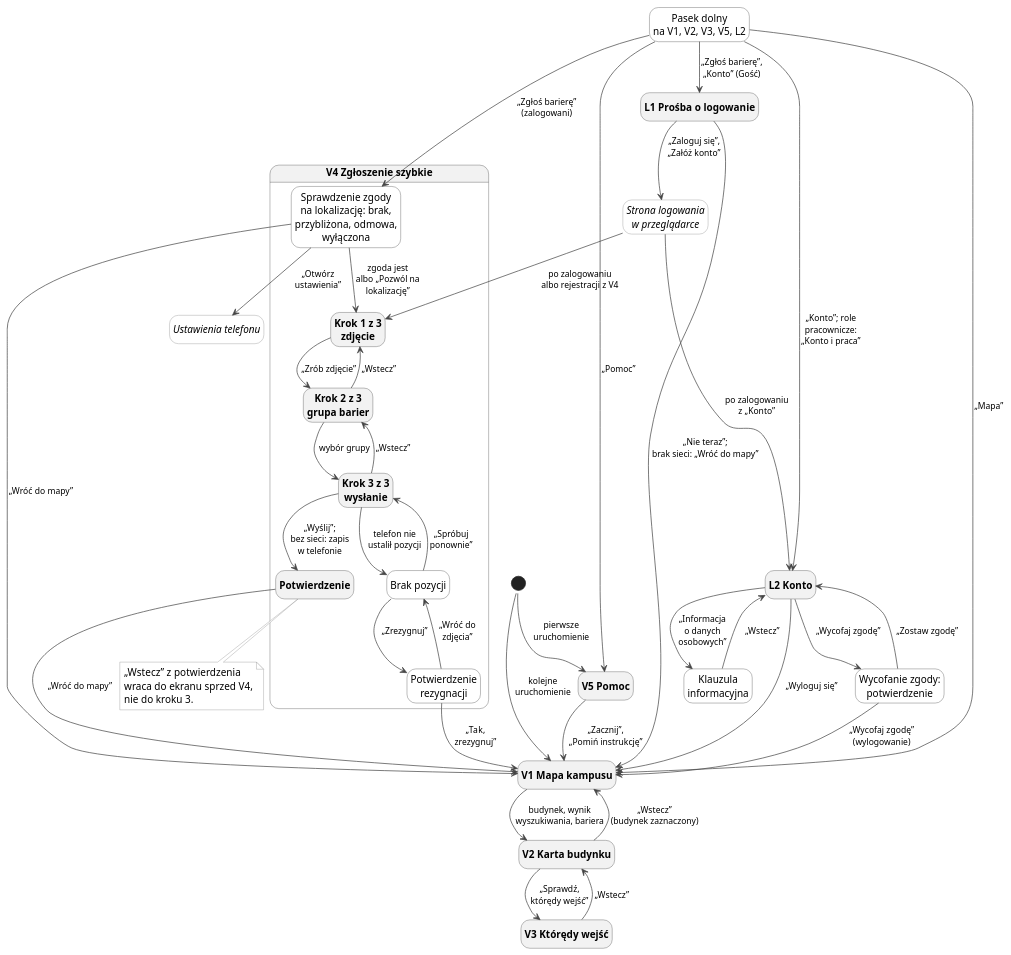
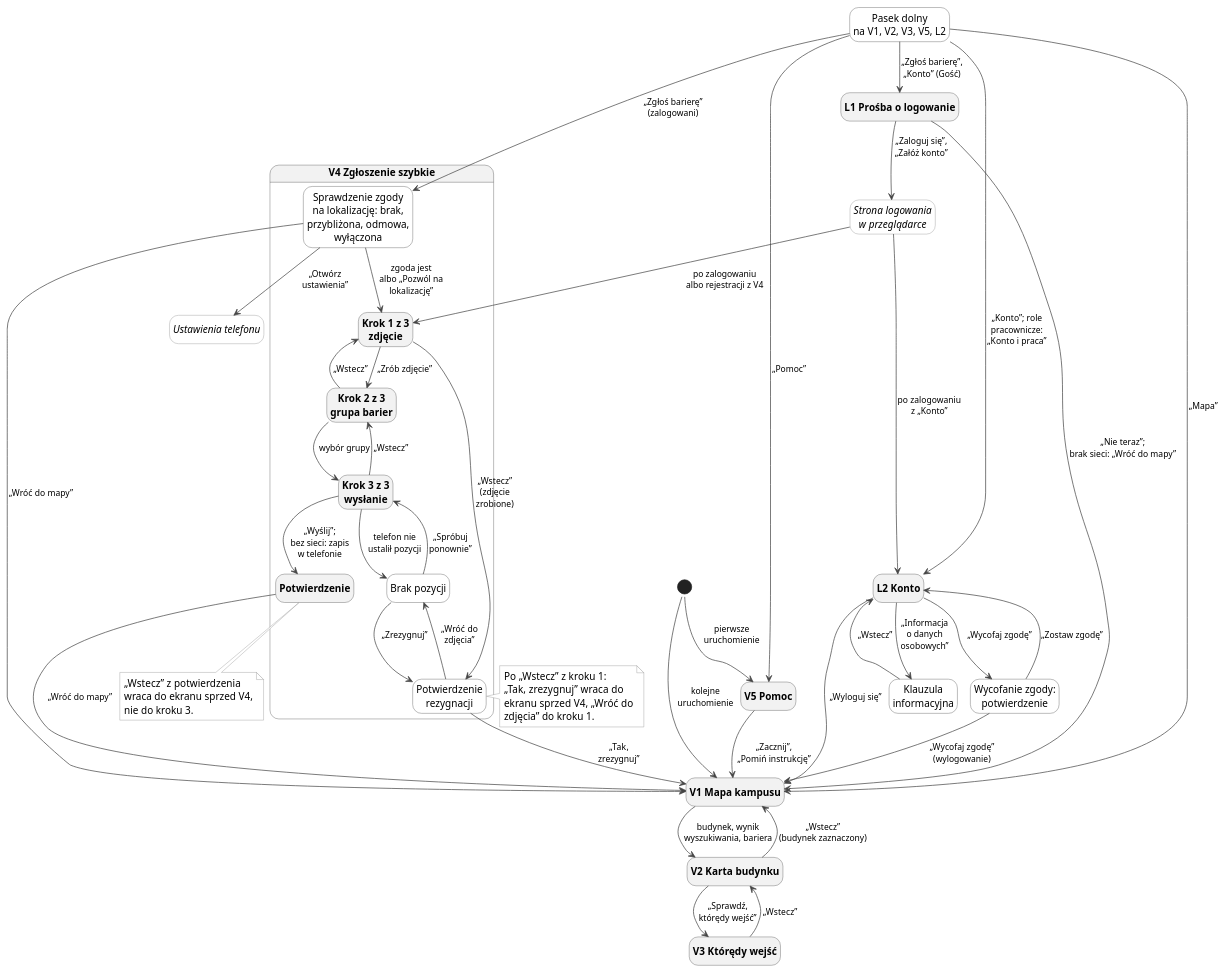
One commit to dostepny-kampus/dostepny-kampus changed the diagram in docs/docs/ux/nawigacja-odwiedzajacy.puml. Above: the diagram before and after it, drawn with PlantUML. The commit also changed 3 other files, not shown here.

```diff
--- a/docs/docs/ux/nawigacja-odwiedzajacy.puml
+++ b/docs/docs/ux/nawigacja-odwiedzajacy.puml
@@ -1,95 +1,103 @@
 @startuml
 !pragma layout smetana
 hide empty description
 skinparam defaultFontSize 14
 skinparam ArrowColor #444444
 skinparam ArrowFontSize 12
 skinparam state {
   BackgroundColor #F2F2F2
   BorderColor #444444
   FontStyle bold
 }
 skinparam state<<poza>> {
   BackgroundColor #FFFFFF
   BorderColor #888888
   FontStyle italic
 }
 skinparam state<<stan>> {
   BackgroundColor #FFFFFF
   BorderColor #444444
   FontStyle normal
 }
 skinparam note {
   BackgroundColor #FFFFFF
   BorderColor #888888
 }
 
 state "V5 Pomoc" as V5
 state "V1 Mapa kampusu" as V1
 state "V2 Karta budynku" as V2
 state "V3 Którędy wejść" as V3
 state "Pasek dolny\nna V1, V2, V3, V5, L2" as PASEK <<stan>>
 state "L1 Prośba o logowanie" as L1
 state "L2 Konto" as L2
 state "Klauzula\ninformacyjna" as KL <<stan>>
 state "Wycofanie zgody:\npotwierdzenie" as WZ <<stan>>
 state "Strona logowania\nw przeglądarce" as WWW <<poza>>
 state "Ustawienia telefonu" as UST <<poza>>
 
 state "V4 Zgłoszenie szybkie" as V4 {
   state "Sprawdzenie zgody\nna lokalizację: brak,\nprzybliżona, odmowa,\nwyłączona" as ZG <<stan>>
   state "Krok 1 z 3\nzdjęcie" as K1
   state "Krok 2 z 3\ngrupa barier" as K2
   state "Krok 3 z 3\nwysłanie" as K3
   state "Brak pozycji" as BP <<stan>>
   state "Potwierdzenie\nrezygnacji" as PR <<stan>>
   state "Potwierdzenie" as POT
 }
 
 [*] --> V5 : pierwsze\nuruchomienie
 [*] --> V1 : kolejne\nuruchomienie
 V5 --> V1 : „Zacznij”,\n„Pomiń instrukcję”
 V1 --> V2 : budynek, wynik\nwyszukiwania, bariera
 V2 --> V1 : „Wstecz”\n(budynek zaznaczony)
 V2 --> V3 : „Sprawdź,\nktórędy wejść”
 V3 --> V2 : „Wstecz”
 
 PASEK --> V1 : „Mapa”
 PASEK --> V5 : „Pomoc”
 PASEK --> ZG : „Zgłoś barierę”\n(zalogowani)
 PASEK --> L1 : „Zgłoś barierę”,\n„Konto” (Gość)
 PASEK --> L2 : „Konto”; role\npracownicze:\n„Konto i praca”
 
 ZG --> K1 : zgoda jest\nalbo „Pozwól na\nlokalizację”
 ZG --> UST : „Otwórz\nustawienia”
 ZG --> V1 : „Wróć do mapy”
 K1 --> K2 : „Zrób zdjęcie”
 K2 --> K3 : wybór grupy
 K2 --> K1 : „Wstecz”
+K1 --> PR : „Wstecz”\n(zdjęcie\nzrobione)
 K3 --> K2 : „Wstecz”
 K3 --> POT : „Wyślij”;\nbez sieci: zapis\nw telefonie
 K3 --> BP : telefon nie\nustalił pozycji
 BP --> K3 : „Spróbuj\nponownie”
 BP --> PR : „Zrezygnuj”
 PR --> BP : „Wróć do\nzdjęcia”
 PR --> V1 : „Tak,\nzrezygnuj”
 POT --> V1 : „Wróć do mapy”
 
 L1 --> WWW : „Zaloguj się”,\n„Załóż konto”
 WWW --> K1 : po zalogowaniu\nalbo rejestracji z V4
 WWW --> L2 : po zalogowaniu\nz „Konto”
 L1 --> V1 : „Nie teraz”;\nbrak sieci: „Wróć do mapy”
 
 L2 --> V1 : „Wyloguj się”
 L2 --> WZ : „Wycofaj zgodę”
 WZ --> L2 : „Zostaw zgodę”
 WZ --> V1 : „Wycofaj zgodę”\n(wylogowanie)
 L2 --> KL : „Informacja\no danych\nosobowych”
 KL --> L2 : „Wstecz”
 
+note right of PR
+  Po „Wstecz” z kroku 1:
+  „Tak, zrezygnuj” wraca do
+  ekranu sprzed V4, „Wróć do
+  zdjęcia” do kroku 1.
+end note
+
 note bottom of POT
   „Wstecz” z potwierdzenia
   wraca do ekranu sprzed V4,
   nie do kroku 3.
 end note
 @enduml
```
